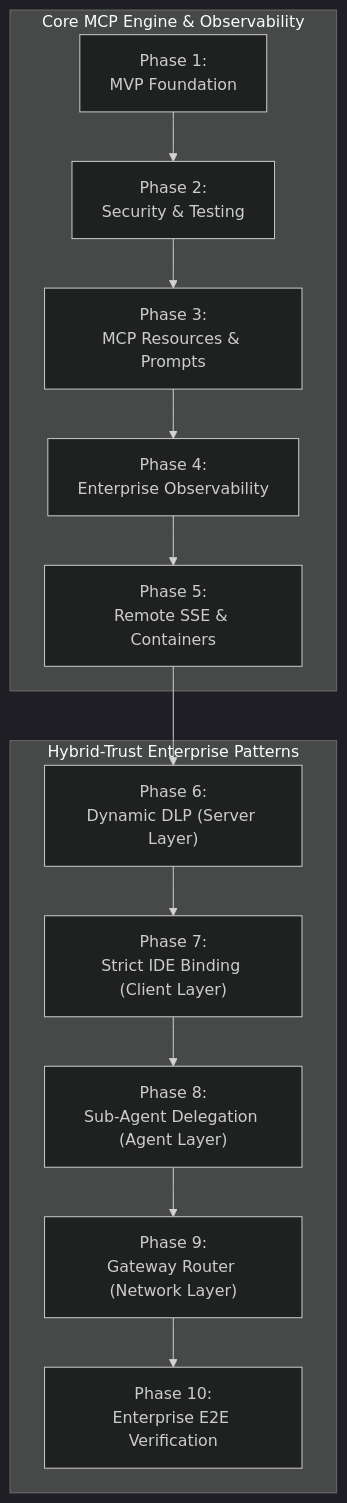
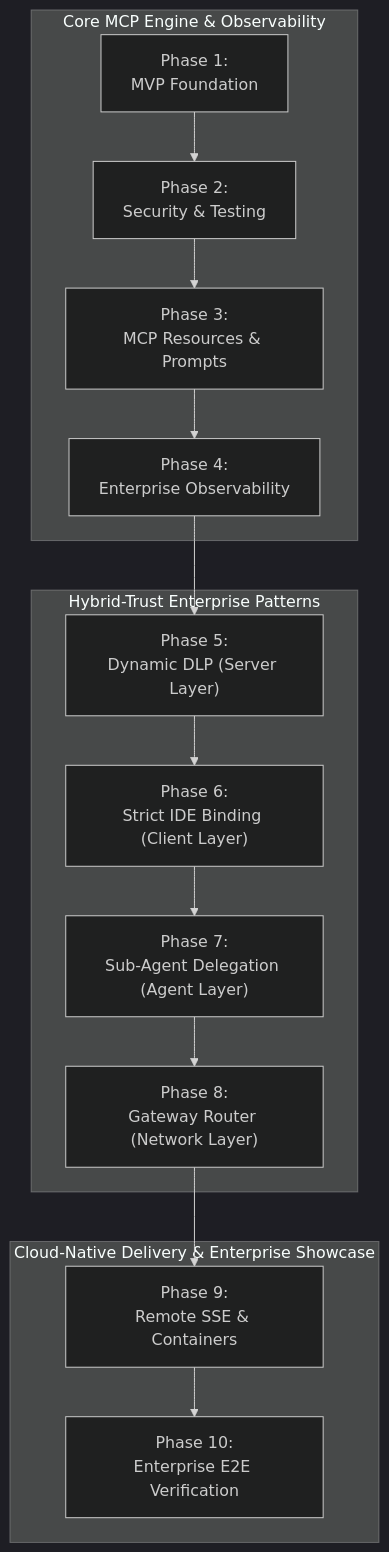
Before and after one commit to RESTfulInSeattle/Hybrid_Trust_Telemetry_MCP_Server: the diagram in docs/roadmap.md, drawn with Mermaid (dark theme). The commit also changed other lines of this file and 1 other file, not shown here.

First line of the commit message:
Roadmap: Re-order Remote SSE & Containerization to Phase 9

````diff
--- a/docs/roadmap.md
+++ b/docs/roadmap.md
@@ -9,17 +9,20 @@
 ```mermaid
 flowchart TD
     subgraph CoreEngine["Core MCP Engine & Observability"]
         M1["Phase 1:<br/>MVP Foundation"] --> M2["Phase 2:<br/>Security & Testing"]
         M2 --> M3["Phase 3:<br/>MCP Resources & Prompts"]
         M3 --> M4["Phase 4:<br/>Enterprise Observability"]
-        M4 --> M5["Phase 5:<br/>Remote SSE & Containers"]
     end
 
     subgraph HybridTrust["Hybrid-Trust Enterprise Patterns"]
-        M5 --> M6["Phase 6:<br/>Dynamic DLP (Server Layer)"]
-        M6 --> M7["Phase 7:<br/>Strict IDE Binding (Client Layer)"]
-        M7 --> M8["Phase 8:<br/>Sub-Agent Delegation (Agent Layer)"]
-        M8 --> M9["Phase 9:<br/>Gateway Router (Network Layer)"]
+        M4 --> M5["Phase 5:<br/>Dynamic DLP (Server Layer)"]
+        M5 --> M6["Phase 6:<br/>Strict IDE Binding (Client Layer)"]
+        M6 --> M7["Phase 7:<br/>Sub-Agent Delegation (Agent Layer)"]
+        M7 --> M8["Phase 8:<br/>Gateway Router (Network Layer)"]
+    end
+
+    subgraph InfrastructureVerification["Cloud-Native Delivery & Enterprise Showcase"]
+        M8 --> M9["Phase 9:<br/>Remote SSE & Containers"]
         M9 --> M10["Phase 10:<br/>Enterprise E2E Verification"]
     end
 ```
````
